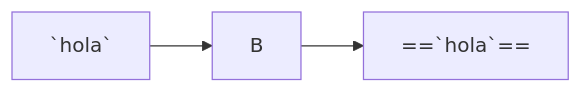
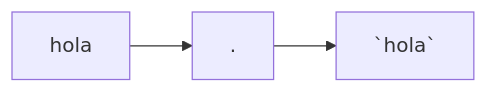
Before and after one commit to jadry92/BlogNotes: the diagram in docs/_posts/notes/2019-09-07-Regular-Expretions.md, drawn with Mermaid. The commit also changed other lines of this file, not shown here.

````diff
--- a/docs/_posts/notes/2019-09-07-Regular-Expretions.md
+++ b/docs/_posts/notes/2019-09-07-Regular-Expretions.md
@@ -28,6 +28,5 @@
 ```mermaid
 graph LR
-A[`hola`] --> B
-B --> C[==`hola`==]
-
+A[hola] --> B[.]
+B --> C[`hola`]
 ```
````
